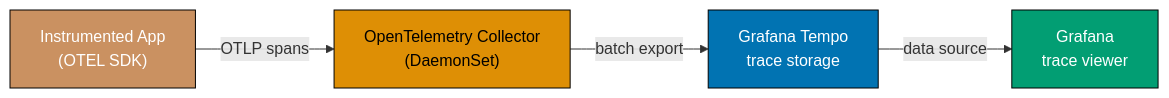
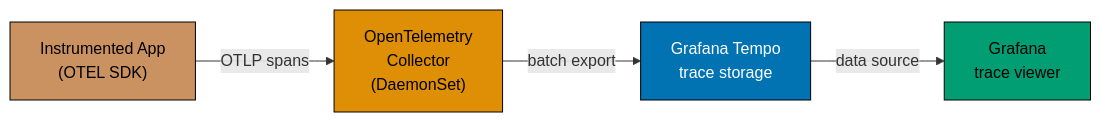
The sixth of 12 diagrams in apps/ayokoding-www/content/en/learn/legacy/software-engineering/infrastructure/tools/k3s/by-example/advanced.md (wahidyankf/ose-public), drawn with Mermaid before and after one commit. The commit also changed other lines of this file and 131 other files, not shown here.

First line of the commit message:
fix(mermaid): bring the legacy data, infrastructure, and testing diagrams onto the accessible palette

````diff
--- a/apps/ayokoding-www/content/en/learn/legacy/software-engineering/infrastructure/tools/k3s/by-example/advanced.md
+++ b/apps/ayokoding-www/content/en/learn/legacy/software-engineering/infrastructure/tools/k3s/by-example/advanced.md
@@ -1324,17 +1361,24 @@
 ```mermaid
 %% Color Palette: Blue #0173B2, Orange #DE8F05, Teal #029E73, Purple #CC78BC, Brown #CA9161
 graph LR
+    accTitle: Example 72: Distributed Tracing with Tempo and Grafana
+    accDescr: Graph with 4 nodes and 3 connections. Nodes: Instrumented App (OTEL SDK), OpenTelemetry Collector (DaemonSet), Grafana Tempo trace storage, Grafana trace viewer. Connections: Instrumented App (OTEL SDK) to OpenTelemetry Collector (DaemonSet) (OTLP spans), OpenTelemetry Collector (DaemonSet) to Grafana Tempo trace storage (batch export), Grafana Tempo trace storage to Grafana trace viewer (data source).
     APP["Instrumented App<br/>(OTEL SDK)"]
-    OTELCOL["OpenTelemetry Collector<br/>(DaemonSet)"]
+    OTELCOL["OpenTelemetry<br/>Collector<br/>(DaemonSet)"]
     TEMPO["Grafana Tempo<br/>trace storage"]
     GRAF["Grafana<br/>trace viewer"]
 
     APP -->|"OTLP spans"| OTELCOL
     OTELCOL -->|"batch export"| TEMPO
     TEMPO -->|"data source"| GRAF
 
-    style APP fill:#CA9161,stroke:#000,color:#fff
-    style OTELCOL fill:#DE8F05,stroke:#000,color:#000
-    style TEMPO fill:#0173B2,stroke:#000,color:#fff
-    style GRAF fill:#029E73,stroke:#000,color:#fff
+    classDef pal-CA9161 fill:#CA9161,stroke:#000000,color:#000000
+    class APP pal-CA9161
+    classDef pal-DE8F05 fill:#DE8F05,stroke:#000000,color:#000000
+    class OTELCOL pal-DE8F05
+    classDef pal-0173B2 fill:#0173B2,stroke:#000000,color:#FFFFFF
+    class TEMPO pal-0173B2
+    classDef pal-029E73 fill:#029E73,stroke:#000000,color:#000000
+    class GRAF pal-029E73
+    classDef default fill:#FFFFFF,stroke:#000000,color:#000000
 ```
````
